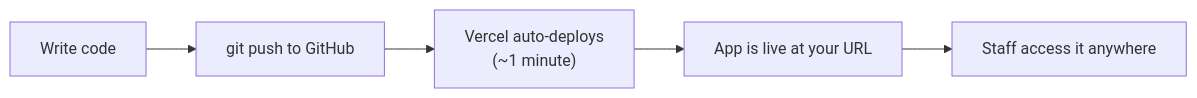
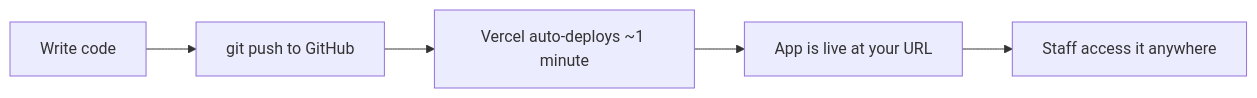
The eighth of 8 diagrams in learning/06-vercel.md (wongjinar-ai/expample), drawn with Mermaid before and after one commit. The commit also changed other lines of this file and 16 other files, not shown here.

````diff
--- a/learning/06-vercel.md
+++ b/learning/06-vercel.md
@@ -216,7 +216,7 @@
 ```mermaid
 flowchart LR
-    Code["Write code"] --> Push["git push to GitHub"]
-    Push --> Auto["Vercel auto-deploys\n(~1 minute)"]
-    Auto --> Live["App is live at your URL"]
-    Live --> Staff["Staff access it anywhere"]
+    Code[Write code] --> Push[git push to GitHub]
+    Push --> Auto[Vercel auto-deploys ~1 minute]
+    Auto --> Live[App is live at your URL]
+    Live --> Staff[Staff access it anywhere]
 ```
````
